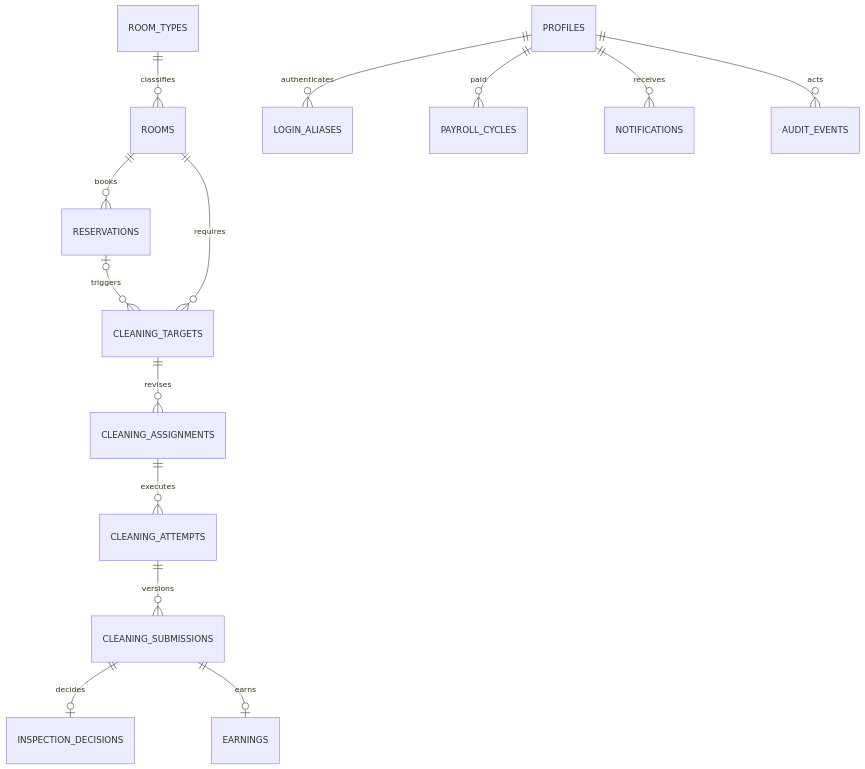
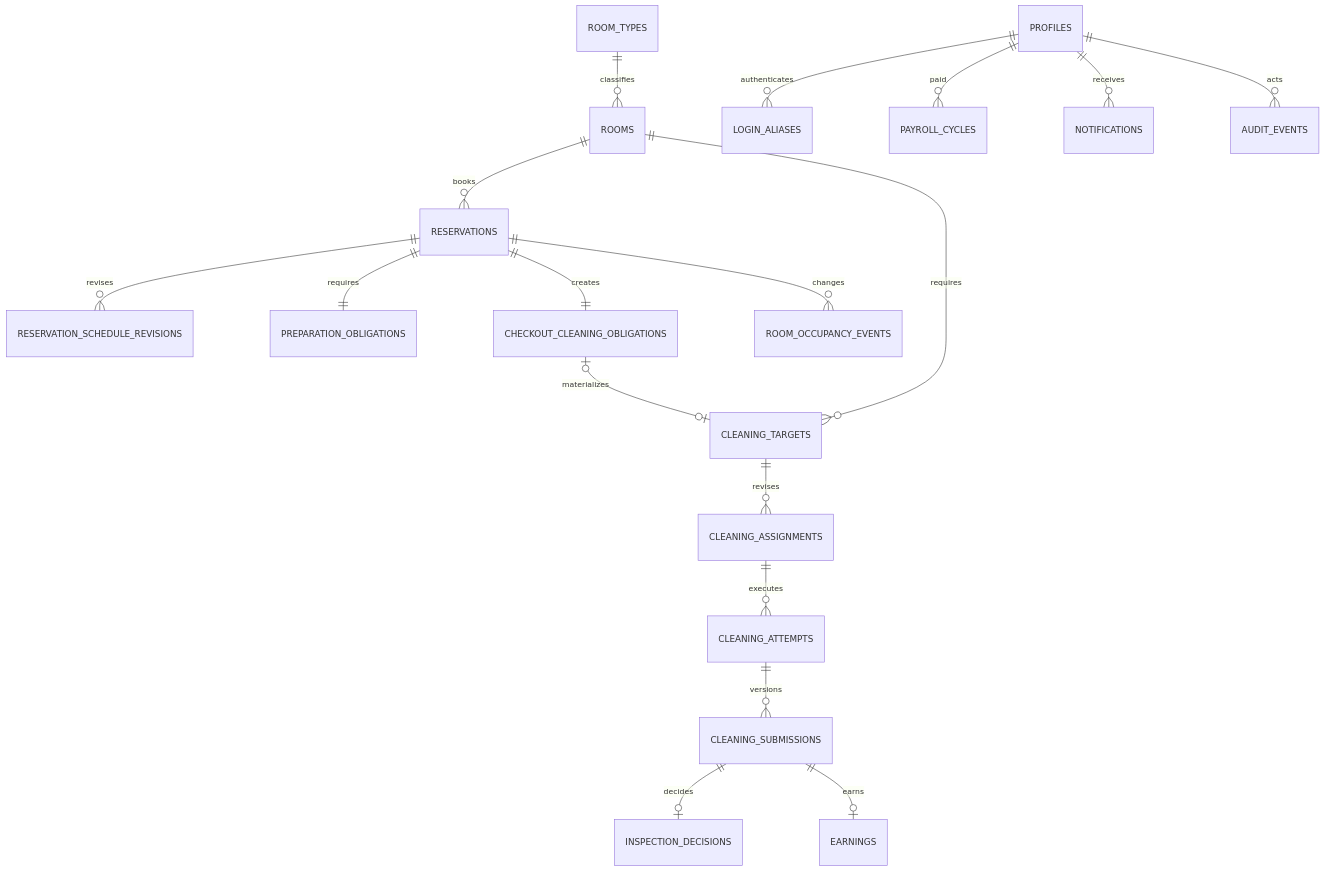
Before and after one commit to wrongstory/room-management-system-backend: the second of 2 diagrams in docs/ARCHITECTURE.md, drawn with Mermaid. The commit also changed other lines of this file and 61 other files, not shown here.

````diff
--- a/docs/ARCHITECTURE.md
+++ b/docs/ARCHITECTURE.md
@@ -47,16 +49,20 @@
 ```mermaid
 erDiagram
   PROFILES ||--o{ LOGIN_ALIASES : authenticates
   ROOM_TYPES ||--o{ ROOMS : classifies
   ROOMS ||--o{ RESERVATIONS : books
+  RESERVATIONS ||--o{ RESERVATION_SCHEDULE_REVISIONS : revises
+  RESERVATIONS ||--|| PREPARATION_OBLIGATIONS : requires
+  RESERVATIONS ||--|| CHECKOUT_CLEANING_OBLIGATIONS : creates
+  RESERVATIONS ||--o{ ROOM_OCCUPANCY_EVENTS : changes
   ROOMS ||--o{ CLEANING_TARGETS : requires
-  RESERVATIONS o|--o{ CLEANING_TARGETS : triggers
+  CHECKOUT_CLEANING_OBLIGATIONS o|--o| CLEANING_TARGETS : materializes
   CLEANING_TARGETS ||--o{ CLEANING_ASSIGNMENTS : revises
   CLEANING_ASSIGNMENTS ||--o{ CLEANING_ATTEMPTS : executes
   CLEANING_ATTEMPTS ||--o{ CLEANING_SUBMISSIONS : versions
   CLEANING_SUBMISSIONS ||--o| INSPECTION_DECISIONS : decides
   CLEANING_SUBMISSIONS ||--o| EARNINGS : earns
   PROFILES ||--o{ PAYROLL_CYCLES : paid
   PROFILES ||--o{ NOTIFICATIONS : receives
   PROFILES ||--o{ AUDIT_EVENTS : acts
 ```
````
